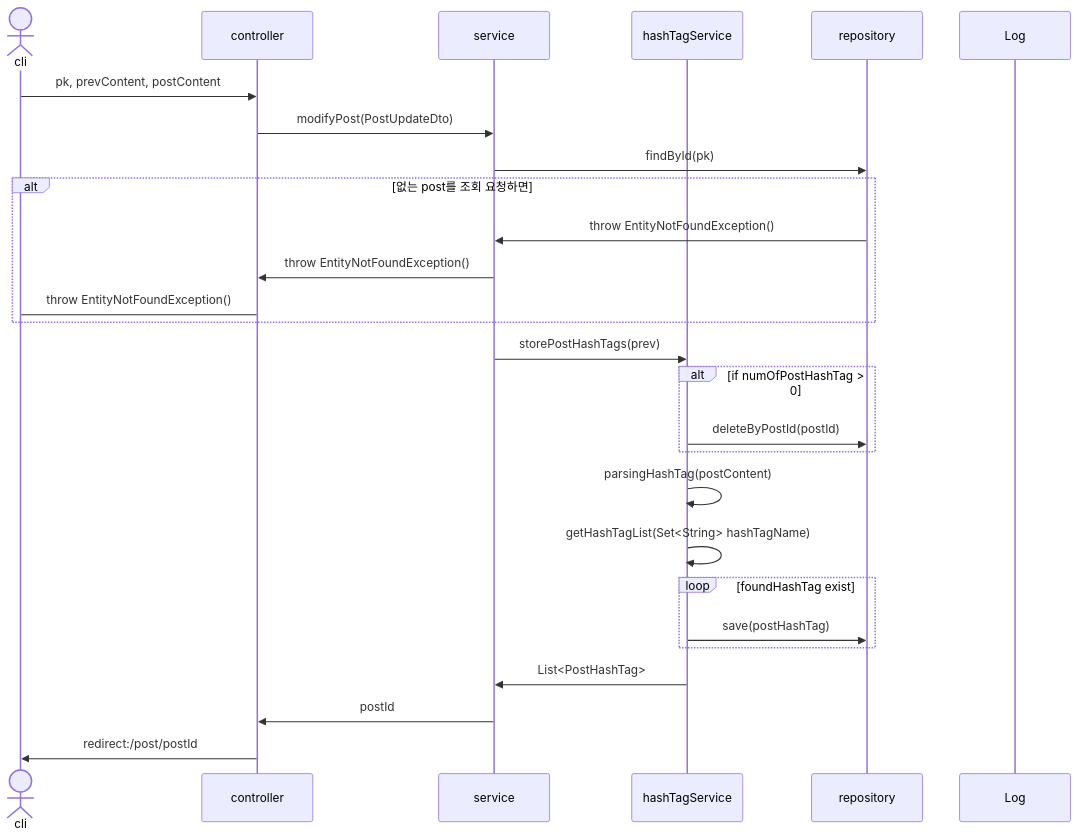
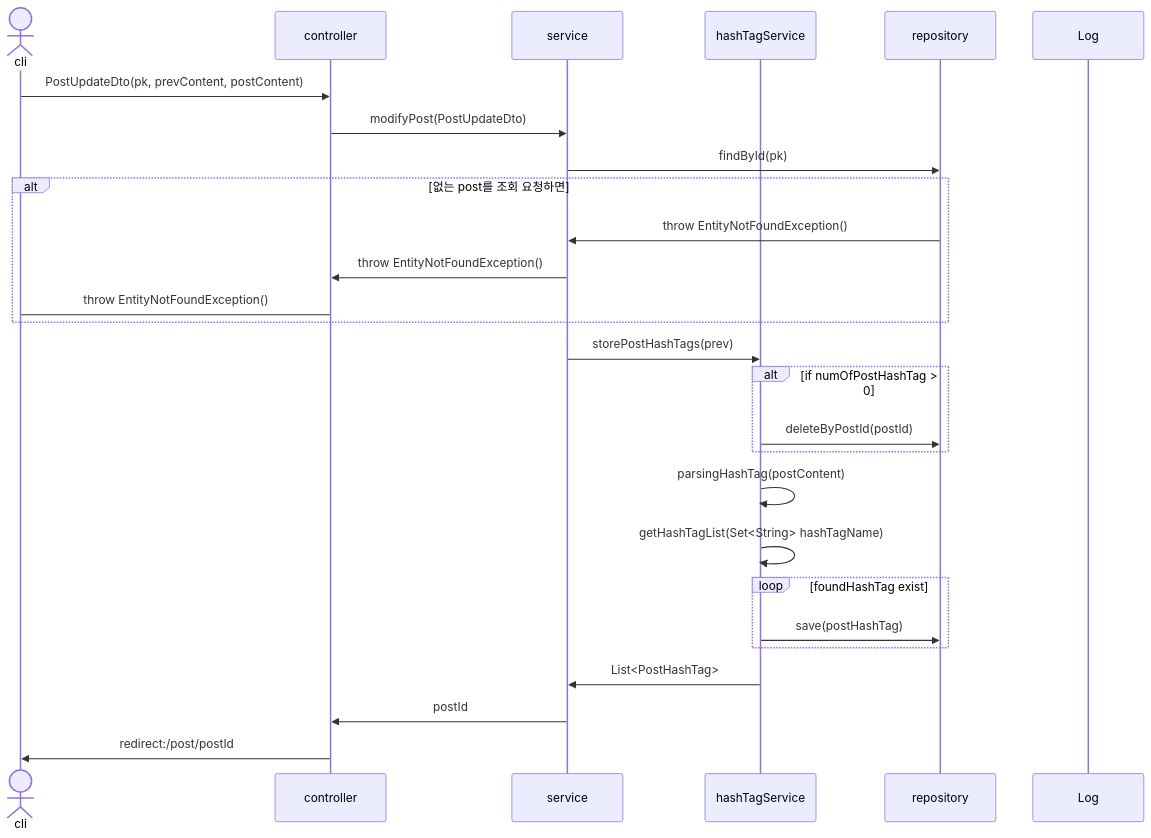
Diagram 18 of 28 in sequence.md (mtak0235/snsX), drawn with Mermaid before and after one commit. The commit also changed other lines of this file, not shown here.

Commit message:
update addComment sequence diagram

````diff
--- a/sequence.md
+++ b/sequence.md
@@ -357,30 +357,30 @@
 ```mermaid
 sequenceDiagram
 actor cli
 participant c as controller
 participant s as service
 participant hashTagService
 participant r as repository
 participant l as Log
 
-cli->>c: pk, prevContent, postContent
+cli->>c: PostUpdateDto(pk, prevContent, postContent)
 c->>s: modifyPost(PostUpdateDto)
 s->>r: findById(pk)
 alt 없는 post를 조회 요청하면
 r->>s: throw EntityNotFoundException()
 s->>c: throw EntityNotFoundException()
 c->cli: throw EntityNotFoundException()
 end
 s->>hashTagService: storePostHashTags(prev)
 alt if numOfPostHashTag > 0
 hashTagService->>r: deleteByPostId(postId)
 end
 hashTagService->>hashTagService: parsingHashTag(postContent)
 hashTagService->>hashTagService: getHashTagList(Set<String> hashTagName)
 loop foundHashTag exist
 hashTagService->>r: save(postHashTag) 
 end
 hashTagService->>s: List<PostHashTag>
 s->>c: postId
 c->>cli: redirect:/post/postId
 ```
````
